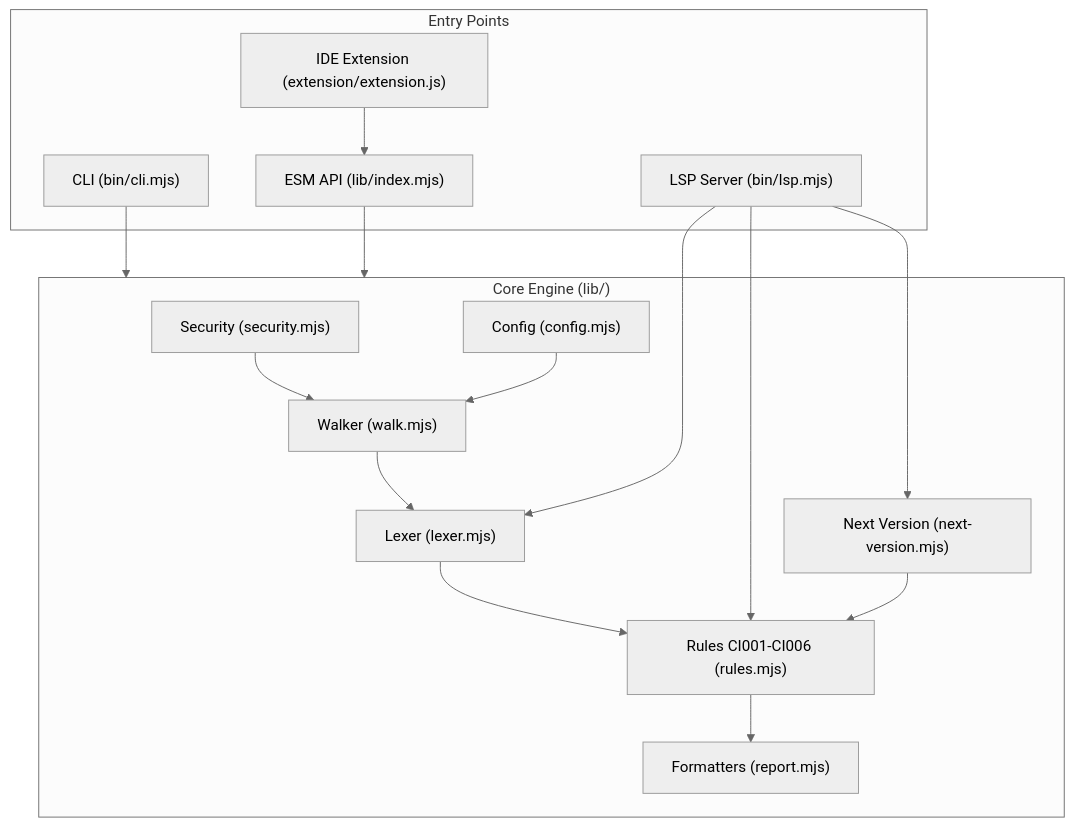
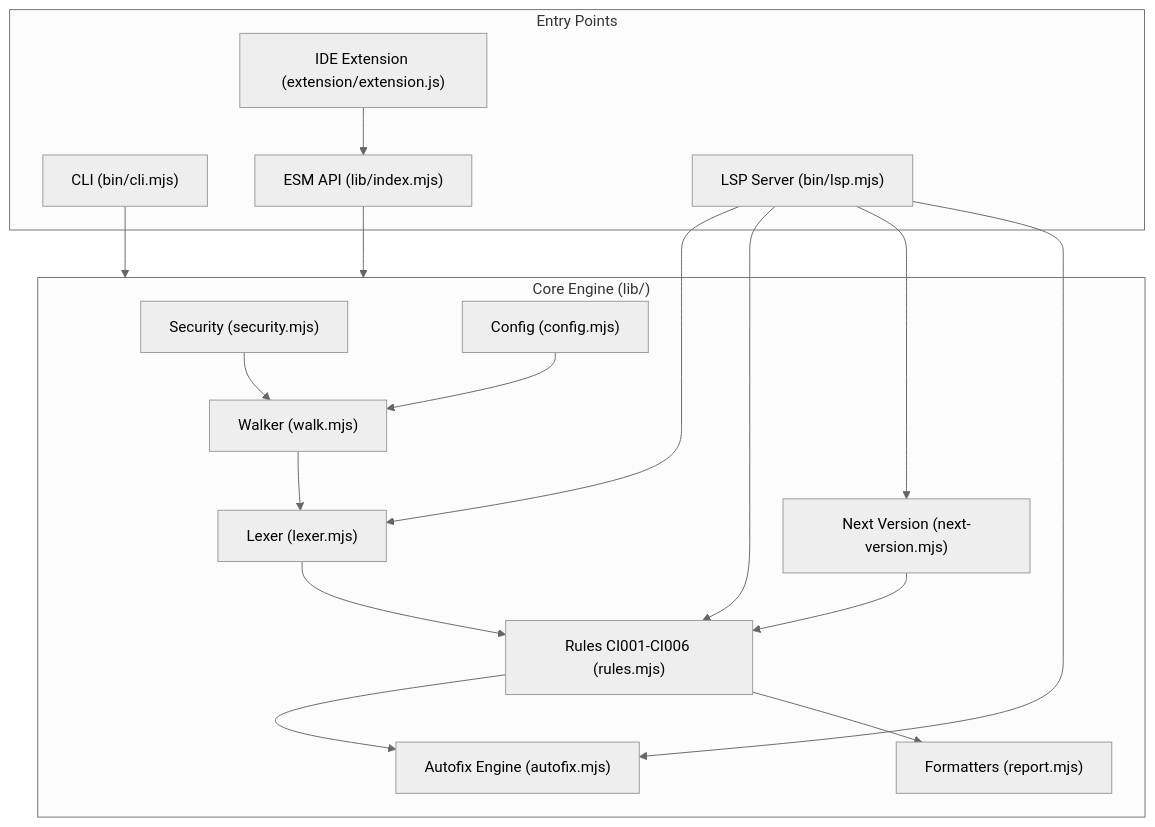
Before and after one commit to AbdullahJan-007/Cache-Inspector-Scan: the diagram in docs/architecture.md, drawn with Mermaid (neutral theme). The commit also changed other lines of this file and 4 other files, not shown here.

Commit message:
docs: sync architecture, design, PRD, memory, and README with autofix engine (v2.1.0)

````diff
--- a/docs/architecture.md
+++ b/docs/architecture.md
@@ -7,33 +7,36 @@
 ```mermaid
 flowchart TD
     subgraph Interfaces["Entry Points"]
         CLI["CLI (bin/cli.mjs)"]
         API["ESM API (lib/index.mjs)"]
         LSP["LSP Server (bin/lsp.mjs)"]
         VSC["IDE Extension (extension/extension.js)"]
     end
 
     subgraph Core["Core Engine (lib/)"]
         SEC["Security (security.mjs)"]
         CFG["Config (config.mjs)"]
         VER["Next Version (next-version.mjs)"]
         WALK["Walker (walk.mjs)"]
         LEX["Lexer (lexer.mjs)"]
         RULES["Rules CI001-CI006 (rules.mjs)"]
+        AUTO["Autofix Engine (autofix.mjs)"]
         REP["Formatters (report.mjs)"]
     end
 
     CLI --> Core
     API --> Core
     LSP --> LEX
     LSP --> RULES
     LSP --> VER
+    LSP --> AUTO
     VSC --> API
 
     SEC --> WALK
     CFG --> WALK
     WALK --> LEX
     LEX --> RULES
     VER --> RULES
+    RULES --> AUTO
     RULES --> REP
 ```
````
